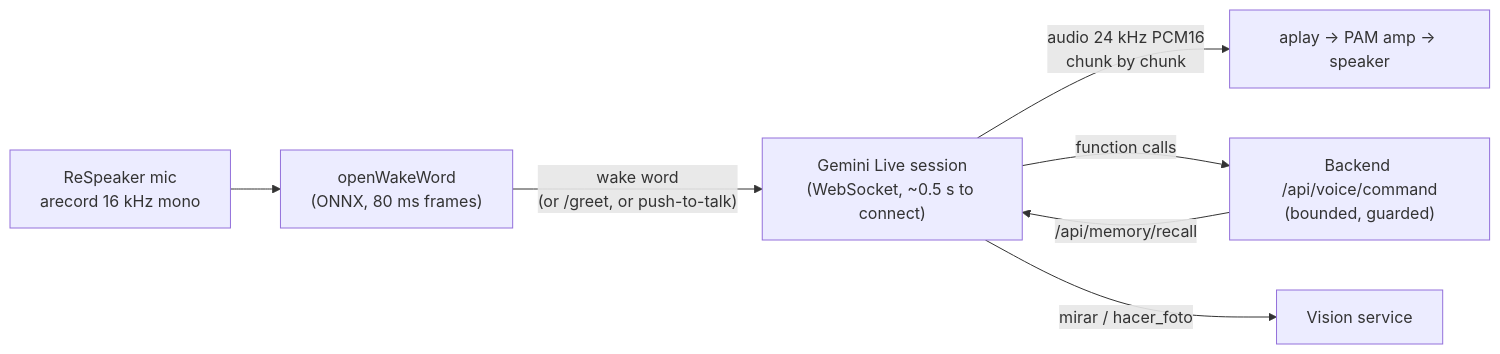
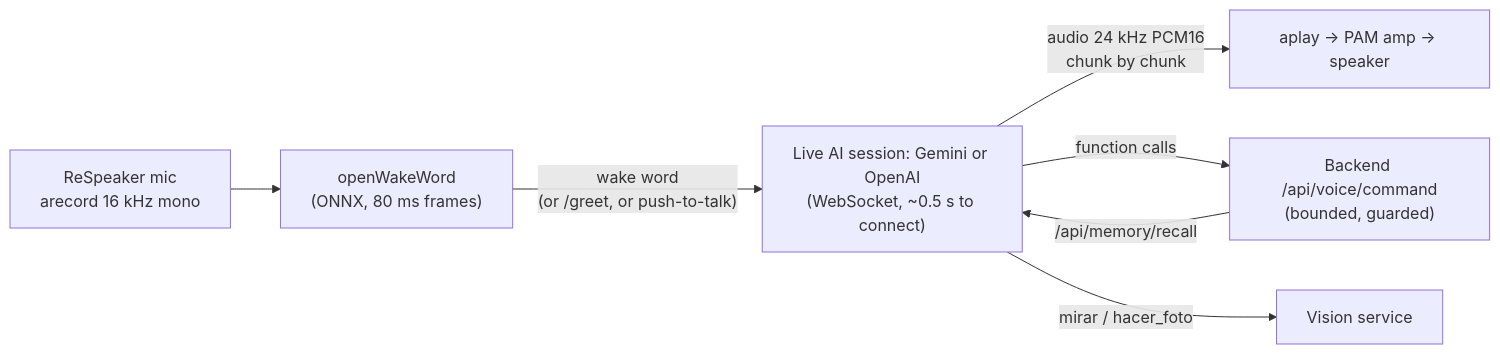
One commit to FranciscooGarciaa/Robert-v2 changed the third of 3 diagrams in README.md. Above: the diagram before and after it, drawn with Mermaid. The commit also changed other lines of this file and 24 other files, not shown here.

First line of the commit message:
Ready to clone: pick the voice's AI (Gemini or OpenAI) and keep personal values out of git

````diff
--- a/README.md
+++ b/README.md
@@ -466,9 +466,9 @@
 ```mermaid
 flowchart LR
     A["ReSpeaker mic<br/>arecord 16 kHz mono"] --> W["openWakeWord<br/>(ONNX, 80 ms frames)"]
-    W -- "wake word<br/>(or /greet, or push-to-talk)" --> S["Gemini Live session<br/>(WebSocket, ~0.5 s to connect)"]
+    W -- "wake word<br/>(or /greet, or push-to-talk)" --> S["Live AI session: Gemini or OpenAI<br/>(WebSocket, ~0.5 s to connect)"]
     S -- "audio 24 kHz PCM16<br/>chunk by chunk" --> P["aplay → PAM amp → speaker"]
     S -- "function calls" --> B["Backend /api/voice/command<br/>(bounded, guarded)"]
     S -- "mirar / hacer_foto" --> C["Vision service"]
     B -- "/api/memory/recall" --> S
 ```
````
